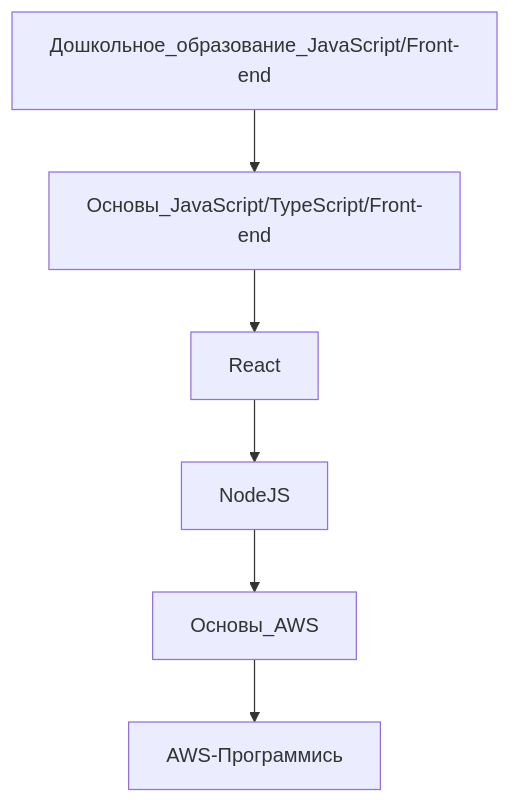
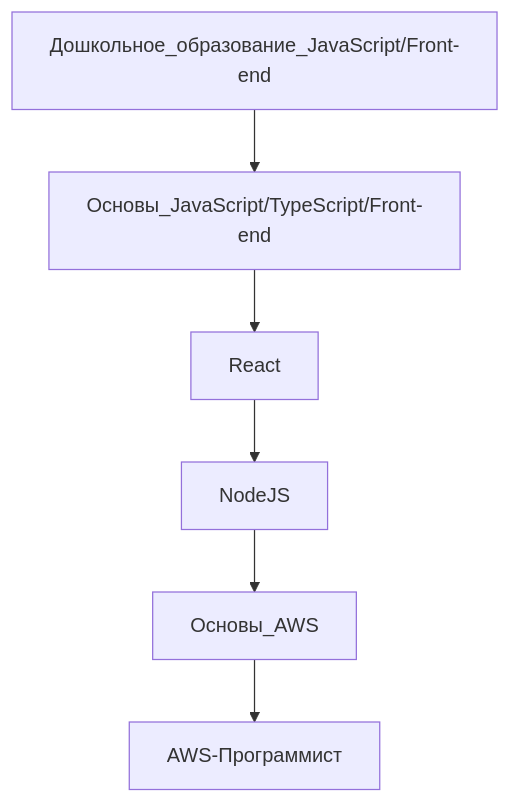
One commit to webdevelopedu/webdevelopedu changed the diagram in README.md. Above: the diagram before and after it, drawn with Mermaid.

````diff
--- a/README.md
+++ b/README.md
@@ -26,8 +26,8 @@
 ```mermaid
 graph TD;
     Дошкольное_образование_JavaScript/Front-end-->Основы_JavaScript/TypeScript/Front-end;
     Основы_JavaScript/TypeScript/Front-end-->React;
     React-->NodeJS;
     NodeJS-->Основы_AWS;
-    Основы_AWS-->AWS-Программись;
+    Основы_AWS-->AWS-Программист;
 ```
````
